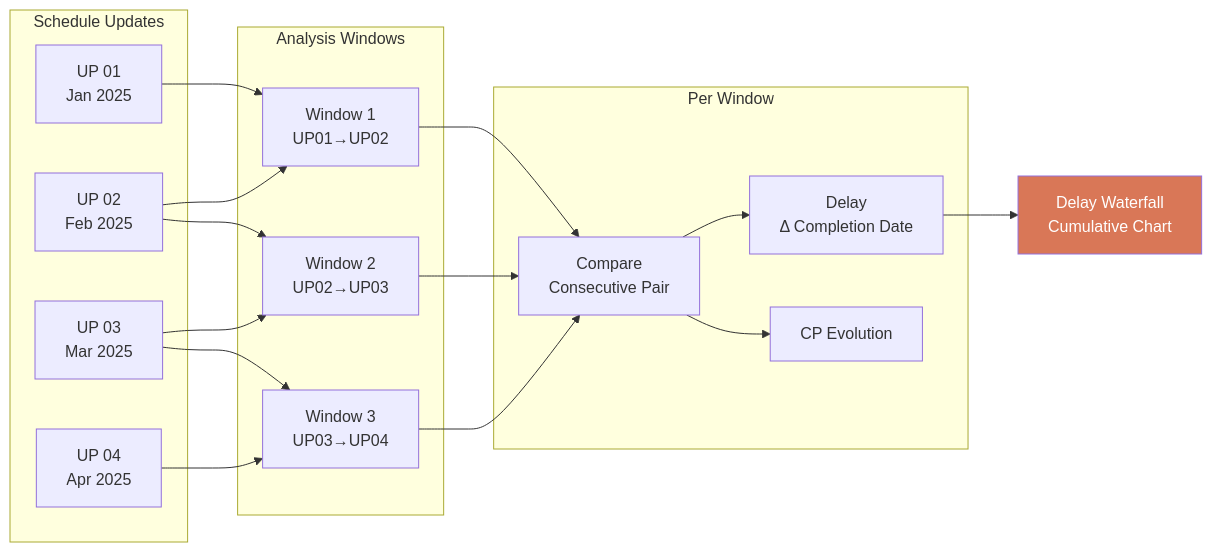
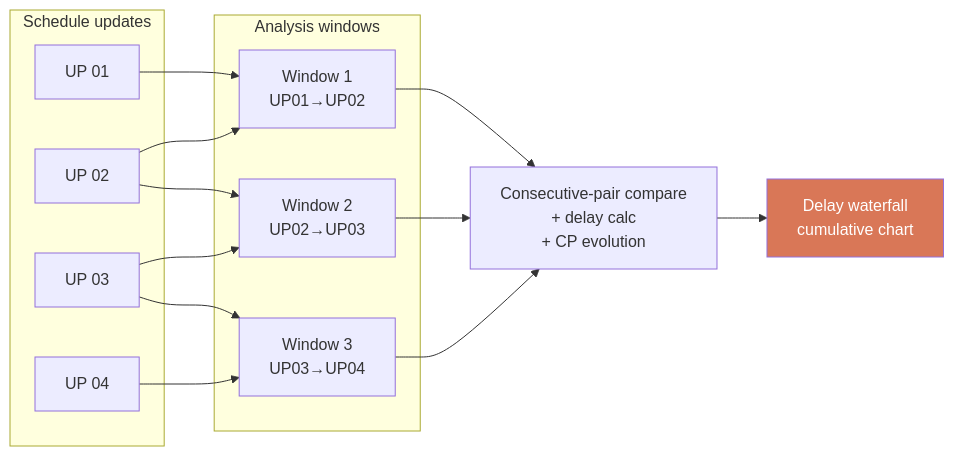
One commit to VitorMRodovalho/meridianiq changed the fourth of 8 diagrams in docs/architecture.md. Above: the diagram before and after it, drawn with Mermaid. The commit also changed other lines of this file, not shown here.

First line of the commit message:
docs: refresh architecture.md for v3.6.0 state

````diff
--- a/docs/architecture.md
+++ b/docs/architecture.md
@@ -149,36 +173,24 @@
 ```mermaid
 flowchart LR
-    subgraph "Schedule Updates"
-        UP1[UP 01<br/>Jan 2025]
-        UP2[UP 02<br/>Feb 2025]
-        UP3[UP 03<br/>Mar 2025]
-        UP4[UP 04<br/>Apr 2025]
+    subgraph "Schedule updates"
+        UP1[UP 01]
+        UP2[UP 02]
+        UP3[UP 03]
+        UP4[UP 04]
     end
 
-    subgraph "Analysis Windows"
+    subgraph "Analysis windows"
         W1[Window 1<br/>UP01→UP02]
         W2[Window 2<br/>UP02→UP03]
         W3[Window 3<br/>UP03→UP04]
     end
 
-    subgraph "Per Window"
-        COMP2[Compare<br/>Consecutive Pair]
-        DELAY[Delay<br/>Δ Completion Date]
-        CP2[CP Evolution]
-    end
+    UP1 & UP2 --> W1
+    UP2 & UP3 --> W2
+    UP3 & UP4 --> W3
 
-    UP1 --> W1
-    UP2 --> W1
-    UP2 --> W2
-    UP3 --> W2
-    UP3 --> W3
-    UP4 --> W3
-
-    W1 & W2 & W3 --> COMP2
-    COMP2 --> DELAY
-    COMP2 --> CP2
-
-    DELAY --> WF[Delay Waterfall<br/>Cumulative Chart]
+    W1 & W2 & W3 --> COMP[Consecutive-pair compare<br/>+ delay calc<br/>+ CP evolution]
+    COMP --> WF[Delay waterfall<br/>cumulative chart]
 
     style WF fill:#D97757,color:#fff
 ```
````
